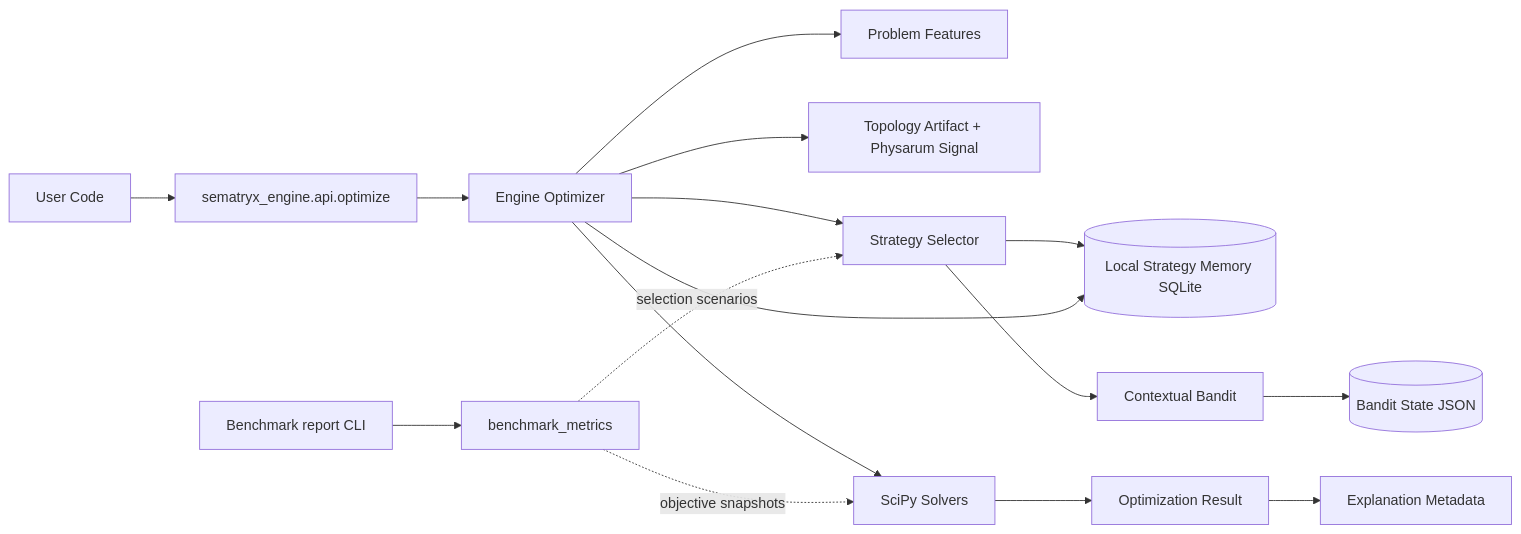
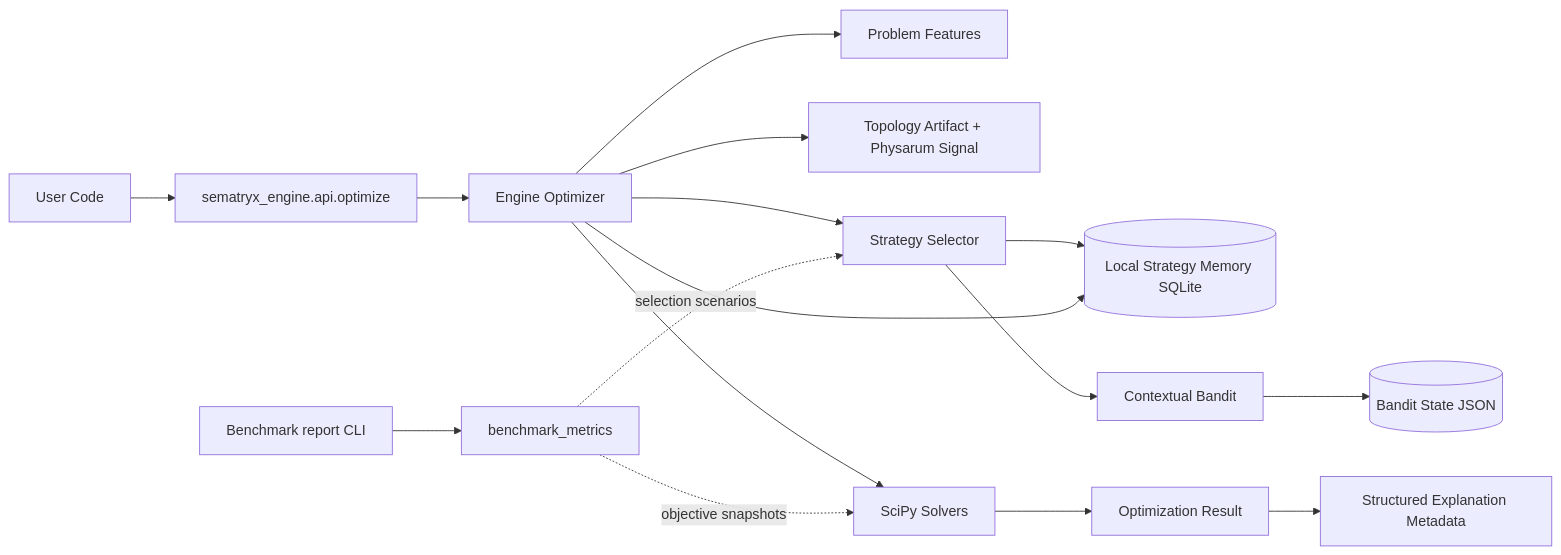
The diagram in docs/architecture/SYSTEM_OVERVIEW.md (sematryx/sematryx-engine), drawn with Mermaid before and after one commit. The commit also changed other lines of this file and 14 other files, not shown here.

First line of the commit message:
Add structured explanation schema to optimization results. (#11)

````diff
--- a/docs/architecture/SYSTEM_OVERVIEW.md
+++ b/docs/architecture/SYSTEM_OVERVIEW.md
@@ -3,18 +3,18 @@
 ```mermaid
 flowchart LR
     U[User Code] --> API[sematryx_engine.api.optimize]
     API --> OPT[Engine Optimizer]
     OPT --> FEAT[Problem Features]
     OPT --> TOPO[Topology Artifact + Physarum Signal]
     OPT --> SEL[Strategy Selector]
     SEL --> MEM[(Local Strategy Memory SQLite)]
     SEL --> BANDIT[Contextual Bandit]
     BANDIT --> BANDIT_STATE[(Bandit State JSON)]
     OPT --> SOLV[SciPy Solvers]
     SOLV --> RES[Optimization Result]
     OPT --> MEM
-    RES --> EXP[Explanation Metadata]
+    RES --> EXP[Structured Explanation Metadata]
     GEN[Benchmark report CLI] --> BMET[benchmark_metrics]
     BMET -. selection scenarios .-> SEL
     BMET -. objective snapshots .-> SOLV
 ```
````
